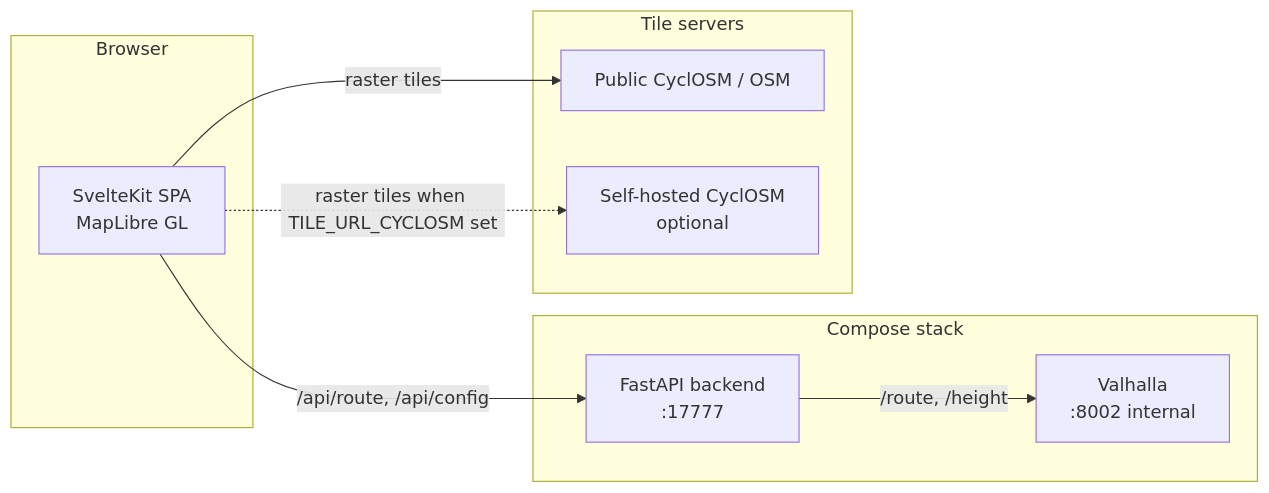
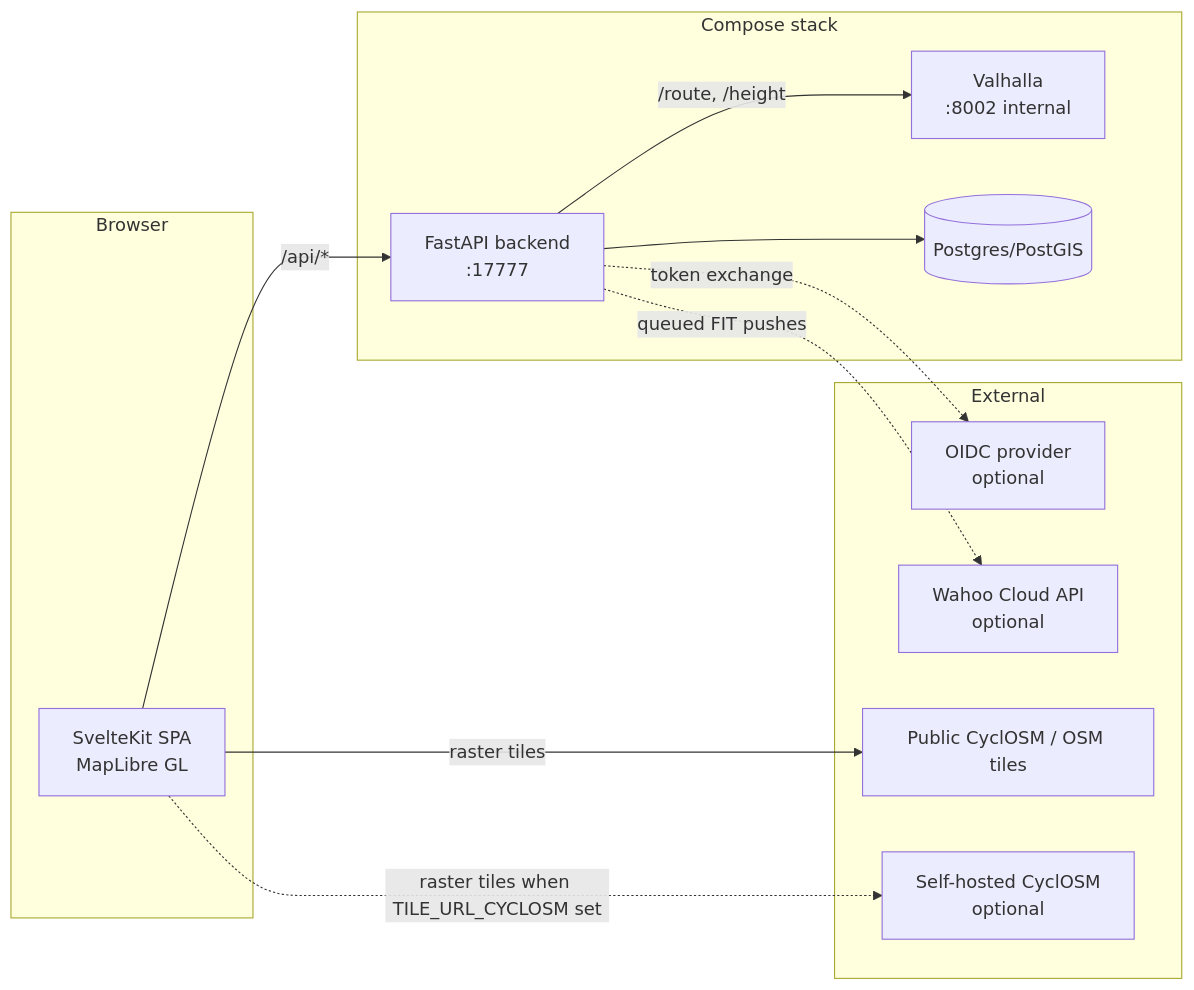
The diagram in docs/architecture.md (beaglemoo/moovelo), drawn with Mermaid before and after one commit. The commit also changed other lines of this file and 1 other file, not shown here.

First line of the commit message:
docs: refresh README and architecture for phases 2-3

````diff
--- a/docs/architecture.md
+++ b/docs/architecture.md
@@ -5,19 +5,25 @@
 ```mermaid
 flowchart LR
     subgraph Browser
         UI[SvelteKit SPA<br/>MapLibre GL]
     end
     subgraph Compose stack
         BE[FastAPI backend<br/>:17777]
         VH[Valhalla<br/>:8002 internal]
+        PG[(Postgres/PostGIS)]
     end
-    subgraph Tile servers
-        PUB[Public CyclOSM / OSM]
+    subgraph External
+        PUB[Public CyclOSM / OSM tiles]
         SELF[Self-hosted CyclOSM<br/>optional]
+        OIDC[OIDC provider<br/>optional]
+        WAHOO[Wahoo Cloud API<br/>optional]
     end
 
-    UI -->|/api/route, /api/config| BE
+    UI -->|/api/*| BE
     BE -->|/route, /height| VH
+    BE --> PG
+    BE -.->|token exchange| OIDC
+    BE -.->|queued FIT pushes| WAHOO
     UI -->|raster tiles| PUB
     UI -.->|raster tiles when TILE_URL_CYCLOSM set| SELF
 ```
````
